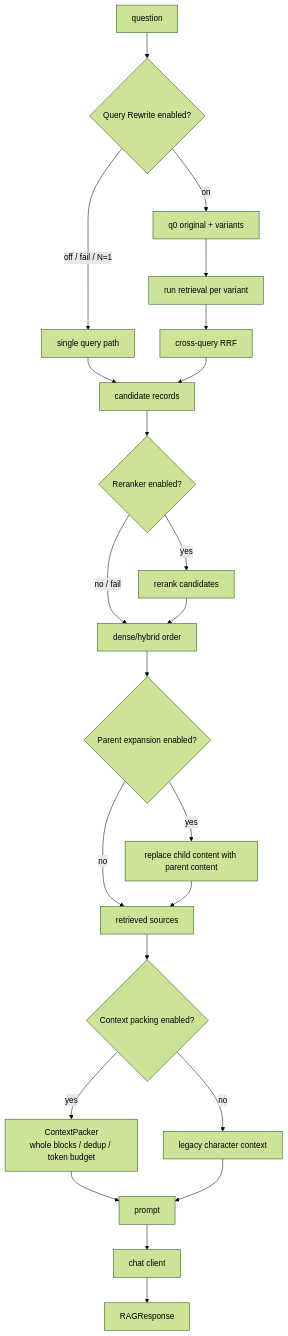
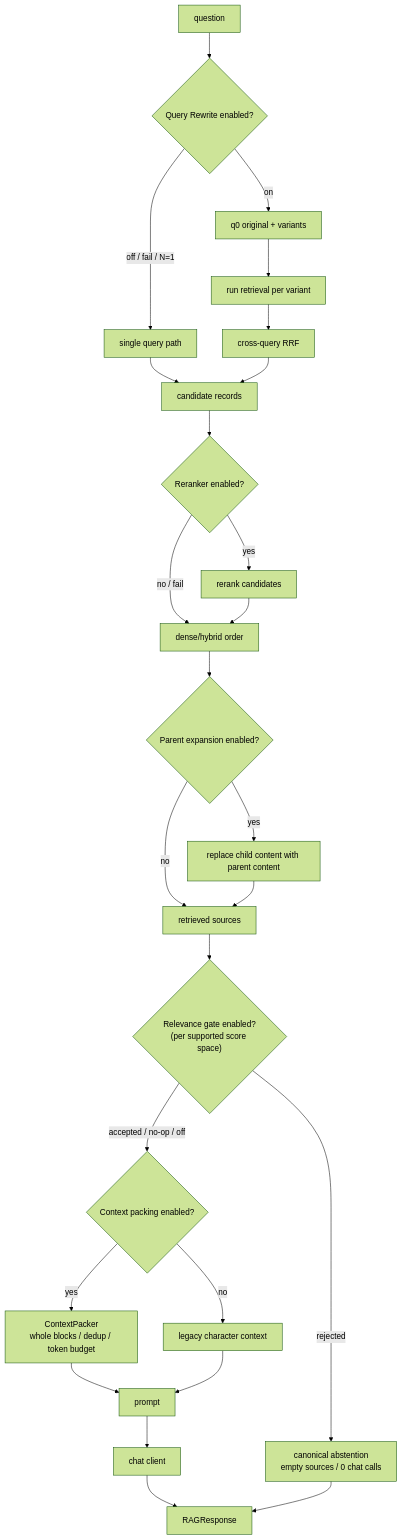
One commit to Jhy13294/cognitive-rag-engine changed the third of 10 diagrams in docs/architecture.md. Above: the diagram before and after it, drawn with Mermaid (forest theme). The commit also changed other lines of this file and 29 other files, not shown here.

Commit message:
feat: add score-space-aware retrieval relevance gate

````diff
--- a/docs/architecture.md
+++ b/docs/architecture.md
@@ -76,25 +76,28 @@
 ```mermaid
 flowchart TD
     Q["question"] --> QR{"Query Rewrite enabled?"}
     QR -- "off / fail / N=1" --> R0["single query path"]
     QR -- "on" --> MQ["q0 original + variants"]
     MQ --> RP["run retrieval per variant"]
     RP --> XRRF["cross-query RRF"]
     R0 --> CAND["candidate records"]
     XRRF --> CAND
     CAND --> RR{"Reranker enabled?"}
     RR -- "yes" --> RERANK["rerank candidates"]
     RR -- "no / fail" --> TOPK["dense/hybrid order"]
     RERANK --> TOPK
     TOPK --> PE{"Parent expansion enabled?"}
     PE -- "yes" --> PARENT["replace child content with parent content"]
     PE -- "no" --> SOURCES["retrieved sources"]
     PARENT --> SOURCES
-    SOURCES --> PACK{"Context packing enabled?"}
+    SOURCES --> GATE{"Relevance gate enabled?\n(per supported score space)"}
+    GATE -- "rejected" --> ABS["canonical abstention\nempty sources / 0 chat calls"]
+    GATE -- "accepted / no-op / off" --> PACK{"Context packing enabled?"}
     PACK -- "yes" --> CP["ContextPacker\nwhole blocks / dedup / token budget"]
     PACK -- "no" --> LEGACY["legacy character context"]
     CP --> PROMPT["prompt"]
     LEGACY --> PROMPT
     PROMPT --> CHAT["chat client"]
     CHAT --> ANSWER["RAGResponse"]
+    ABS --> ANSWER
 ```
````
